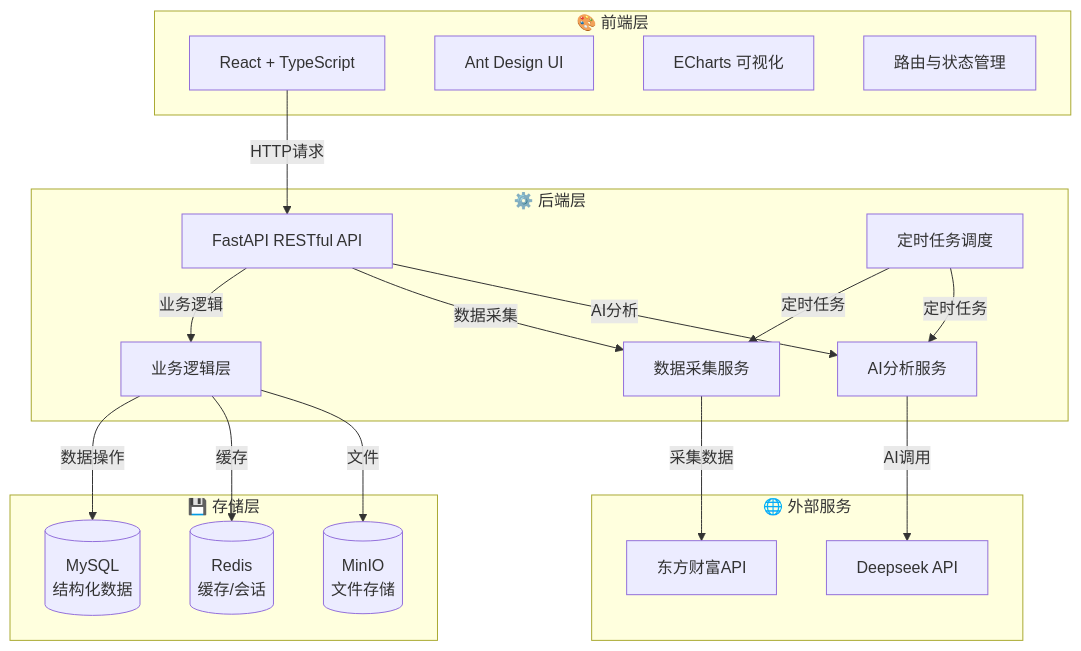
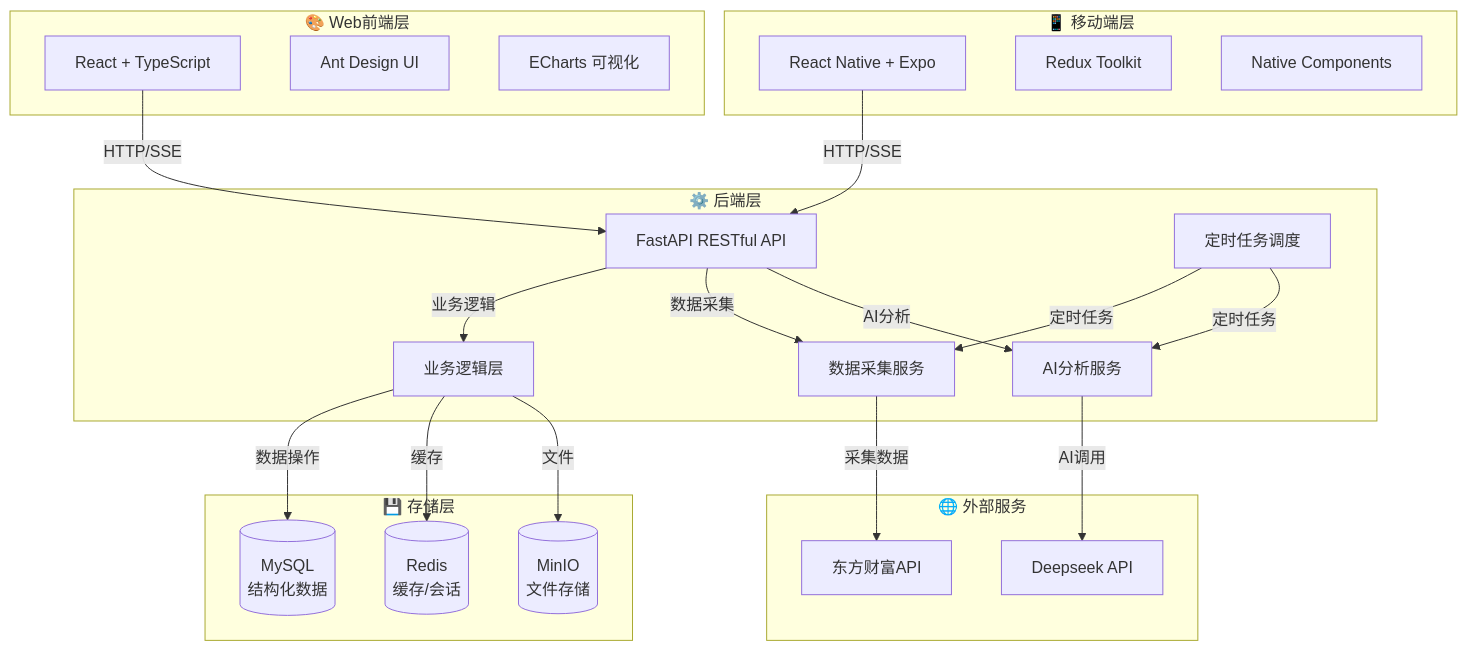
One commit to RedMoonnn/Financial_Program changed the first of 2 diagrams in README.md. Above: the diagram before and after it, drawn with Mermaid. The commit also changed other lines of this file, not shown here.

Commit message:
docs: update system architecture and sequence diagrams to include android mobile app

````diff
--- a/README.md
+++ b/README.md
@@ -143,40 +152,46 @@
 ```mermaid
 flowchart TD
-    subgraph Frontend[🎨 前端层]
+    subgraph Web[🎨 Web前端层]
         F1[React + TypeScript]
         F2[Ant Design UI]
         F3[ECharts 可视化]
-        F4[路由与状态管理]
+    end
+
+    subgraph Mobile[📱 移动端层]
+        M1[React Native + Expo]
+        M2[Redux Toolkit]
+        M3[Native Components]
     end
 
     subgraph Backend[⚙️ 后端层]
         B1[FastAPI RESTful API]
         B2[数据采集服务]
         B3[AI分析服务]
         B4[业务逻辑层]
         B5[定时任务调度]
     end
 
     subgraph Storage[💾 存储层]
         D1[(MySQL<br/>结构化数据)]
         D2[(Redis<br/>缓存/会话)]
         D3[(MinIO<br/>文件存储)]
     end
 
     subgraph External[🌐 外部服务]
         E1[东方财富API]
         E2[Deepseek API]
     end
 
-    F1 -->|HTTP请求| B1
+    F1 -->|HTTP/SSE| B1
+    M1 -->|HTTP/SSE| B1
     B1 -->|业务逻辑| B4
     B1 -->|数据采集| B2
     B1 -->|AI分析| B3
     B4 -->|数据操作| D1
     B4 -->|缓存| D2
     B4 -->|文件| D3
     B2 -->|采集数据| E1
     B3 -->|AI调用| E2
     B5 -->|定时任务| B2
     B5 -->|定时任务| B3
 ```
````
